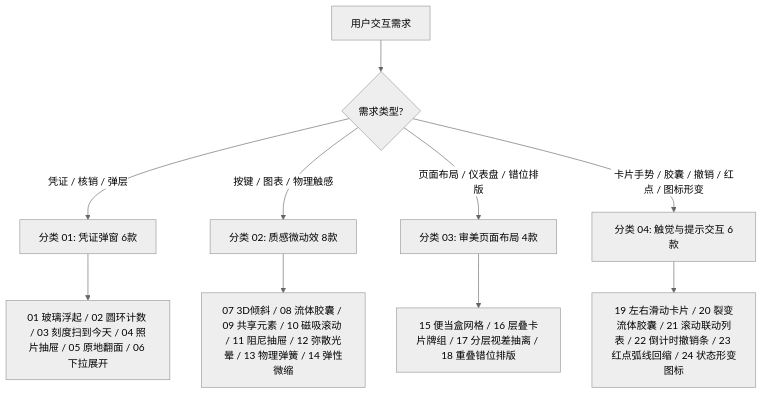
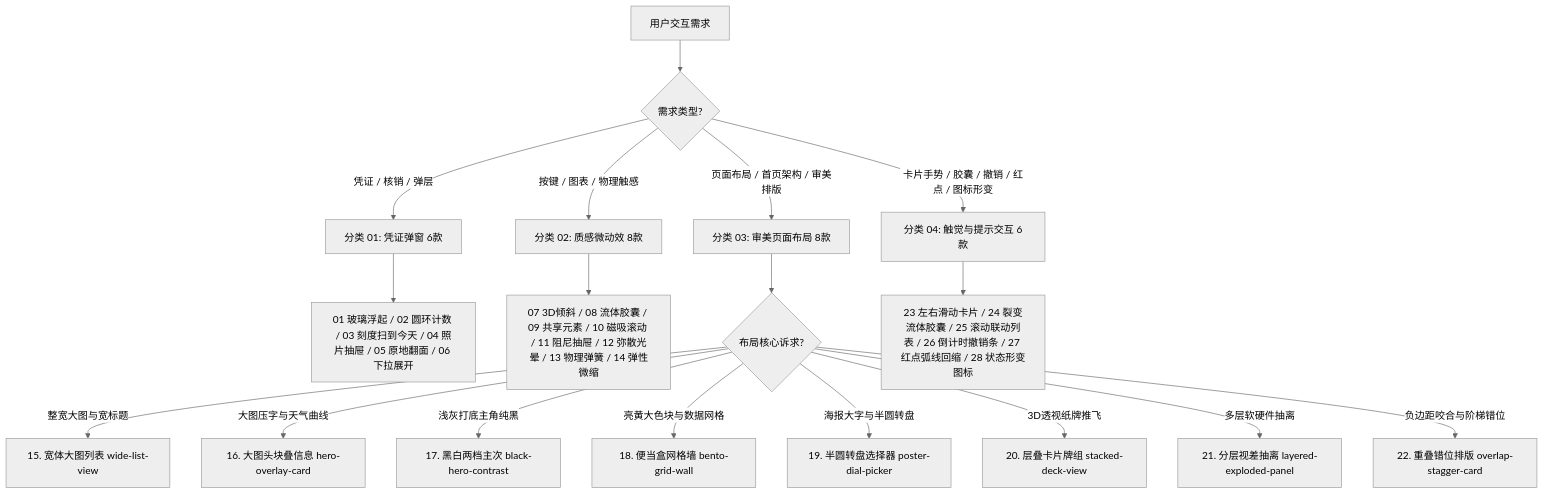
The diagram in references/components-catalog.md (Corps-Cy/wechat-miniprogram-ui), drawn with Mermaid (neutral theme) before and after one commit. The commit also changed other lines of this file and 19 other files, not shown here.

Commit message:
feat: complete all aesthetic layouts from video 3 (wide-list, hero-overlay, black-hero, poster-dial), bringing library to 28 components

````diff
--- a/references/components-catalog.md
+++ b/references/components-catalog.md
@@ -71,14 +75,24 @@
 ```mermaid
 flowchart TD
     UserReq[用户交互需求] --> Type{需求类型?}
     
     Type -->|凭证 / 核销 / 弹层| Voucher[分类 01: 凭证弹窗 6款]
     Type -->|按键 / 图表 / 物理触感| Motion[分类 02: 质感微动效 8款]
-    Type -->|页面布局 / 仪表盘 / 错位排版| Layout[分类 03: 审美页面布局 4款]
+    Type -->|页面布局 / 首页架构 / 审美排版| Layout[分类 03: 审美页面布局 8款]
     Type -->|卡片手势 / 胶囊 / 撤销 / 红点 / 图标形变| Touch[分类 04: 触觉与提示交互 6款]
     
     Voucher --> V1[01 玻璃浮起 / 02 圆环计数 / 03 刻度扫到今天 / 04 照片抽屉 / 05 原地翻面 / 06 下拉展开]
     Motion --> M1[07 3D倾斜 / 08 流体胶囊 / 09 共享元素 / 10 磁吸滚动 / 11 阻尼抽屉 / 12 弥散光晕 / 13 物理弹簧 / 14 弹性微缩]
-    Layout --> L1[15 便当盒网格 / 16 层叠卡片牌组 / 17 分层视差抽离 / 18 重叠错位排版]
-    Touch --> T1[19 左右滑动卡片 / 20 裂变流体胶囊 / 21 滚动联动列表 / 22 倒计时撤销条 / 23 红点弧线回缩 / 24 状态形变图标]
+    
+    Layout --> L1{布局核心诉求?}
+    L1 -->|整宽大图与宽标题| Wide[15. 宽体大图列表 wide-list-view]
+    L1 -->|大图压字与天气曲线| HeroOver[16. 大图头块叠信息 hero-overlay-card]
+    L1 -->|浅灰打底主角纯黑| BlackHero[17. 黑白两档主次 black-hero-contrast]
+    L1 -->|亮黄大色块与数据网格| Bento[18. 便当盒网格墙 bento-grid-wall]
+    L1 -->|海报大字与半圆转盘| Dial[19. 半圆转盘选择器 poster-dial-picker]
+    L1 -->|3D透视纸牌推飞| Deck[20. 层叠卡片牌组 stacked-deck-view]
+    L1 -->|多层软硬件抽离| Explode[21. 分层视差抽离 layered-exploded-panel]
+    L1 -->|负边距咬合与阶梯错位| OverStag[22. 重叠错位排版 overlap-stagger-card]
+    
+    Touch --> T1[23 左右滑动卡片 / 24 裂变流体胶囊 / 25 滚动联动列表 / 26 倒计时撤销条 / 27 红点弧线回缩 / 28 状态形变图标]
 ```
````
